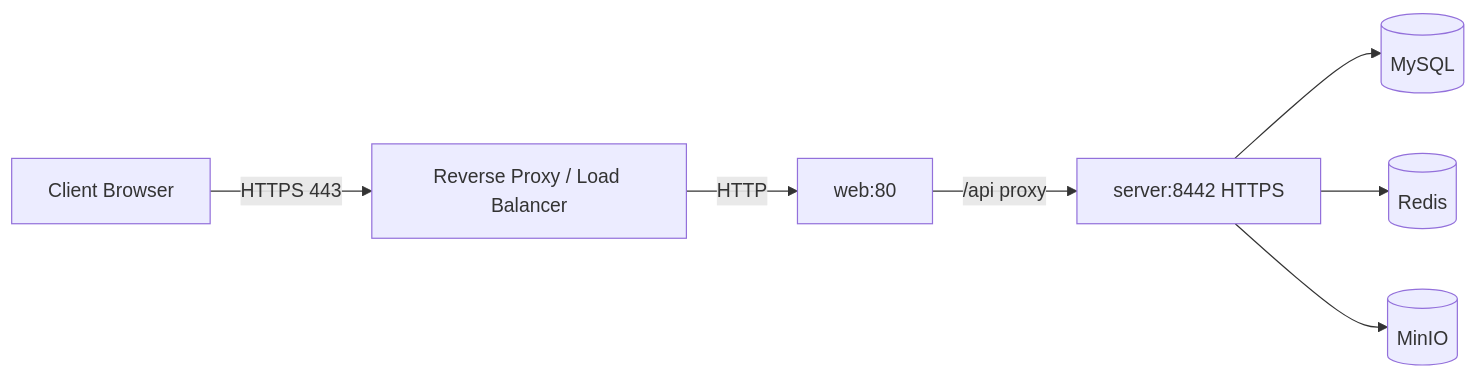
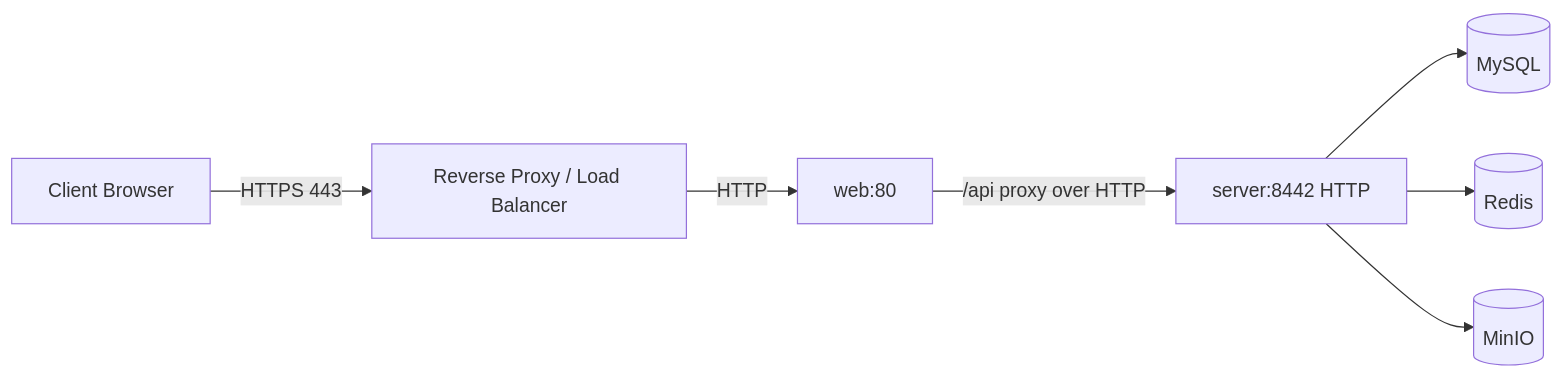
Before and after one commit to MenXiaoHuan/interview_agent: the second of 2 diagrams in docs/deployment.md, drawn with Mermaid. The commit also changed other lines of this file and 11 other files, not shown here.

````diff
--- a/docs/deployment.md
+++ b/docs/deployment.md
@@ -415,9 +414,9 @@
 ```mermaid
 flowchart LR
     Client[Client Browser] -->|HTTPS 443| Gateway[Reverse Proxy / Load Balancer]
     Gateway -->|HTTP| Web[web:80]
-    Web -->|/api proxy| Server[server:8442 HTTPS]
+    Web -->|/api proxy over HTTP| Server[server:8442 HTTP]
     Server --> MySQL[(MySQL)]
     Server --> Redis[(Redis)]
     Server --> MinIO[(MinIO)]
 ```
````
